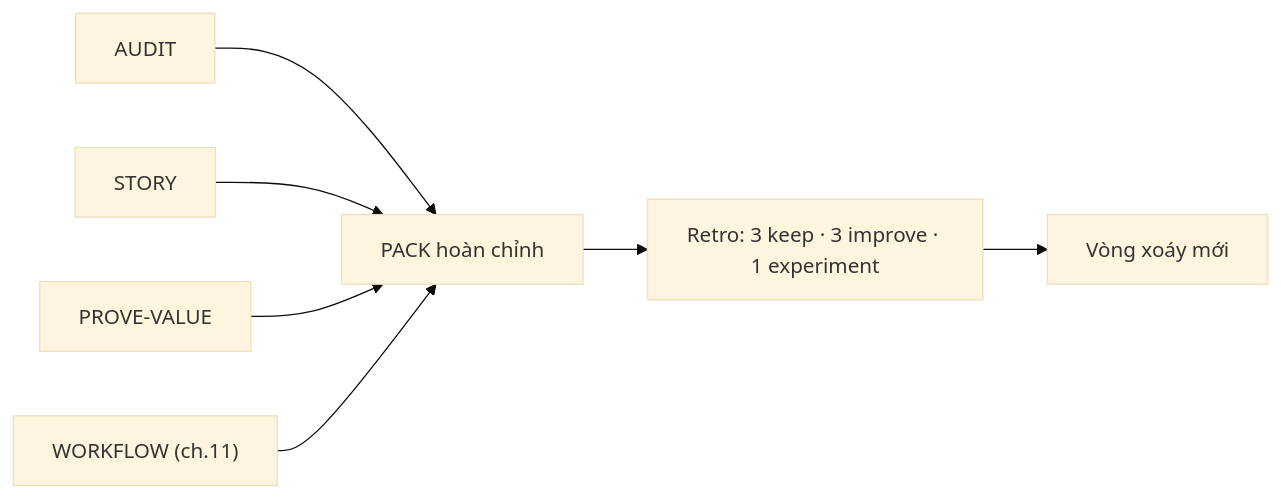
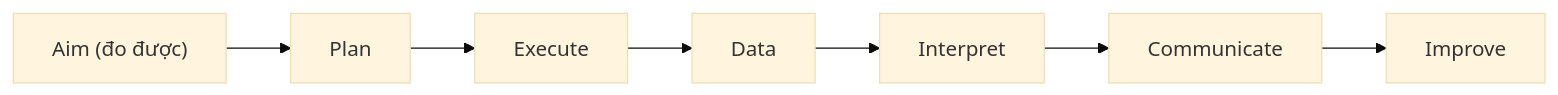
Before and after one commit to heino-labs/gen-ai-labs: the third of 3 diagrams in docs/curriculum/MODULE-09-capstone.md, drawn with Mermaid (base theme). The commit also changed other lines of this file and 10 other files, not shown here.

Commit message:
Refactor MODULE-09-capstone.md and README.md for clarity and structure; enhance narrative flow and emphasize evidence-based learning in AI testing curriculum.

````diff
--- a/docs/curriculum/MODULE-09-capstone.md
+++ b/docs/curriculum/MODULE-09-capstone.md
@@ -289,9 +110,6 @@
 ```mermaid
 flowchart LR
-    A["AUDIT"] --> P["PACK hoàn chỉnh"]
-    S["STORY"] --> P
-    V["PROVE-VALUE"] --> P
-    W["WORKFLOW (ch.11)"] --> P
-    P --> R["Retro: 3 keep · 3 improve · 1 experiment"]
-    R --> ROLL["Vòng xoáy mới"]
+    AIM["Aim (đo được)"] --> PLAN["Plan"] --> EXEC["Execute"]
+    EXEC --> D["Data"] --> INT["Interpret"]
+    INT --> COM["Communicate"] --> IMP["Improve"]
 ```
````
